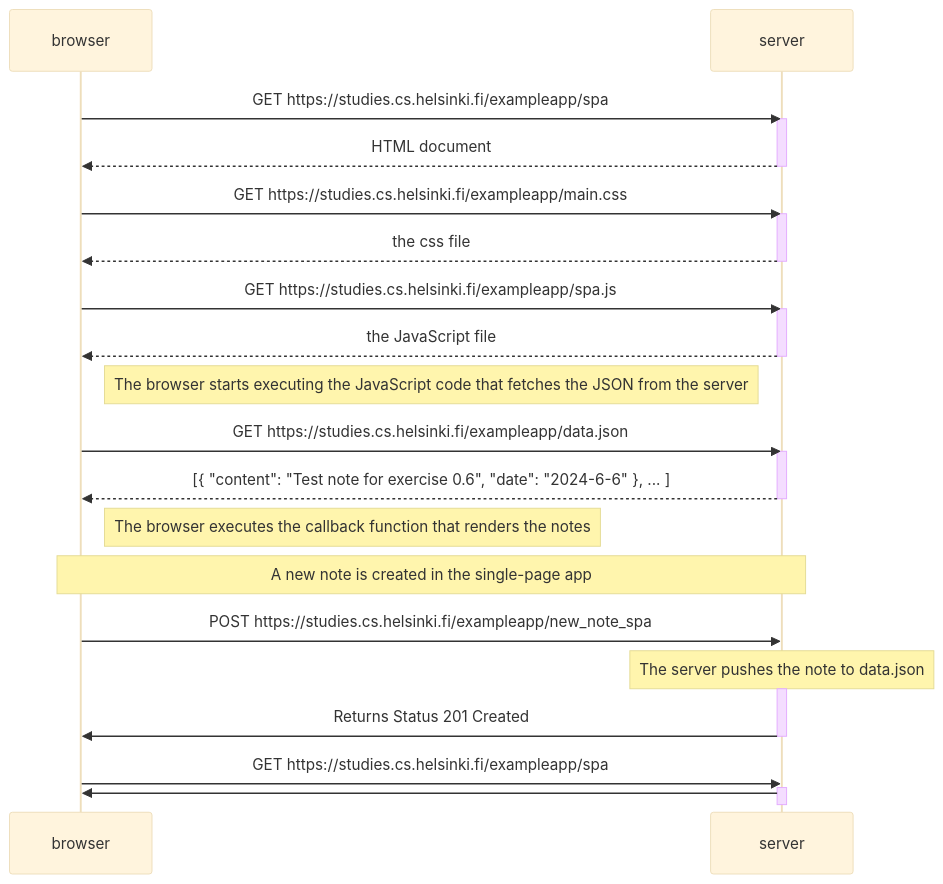
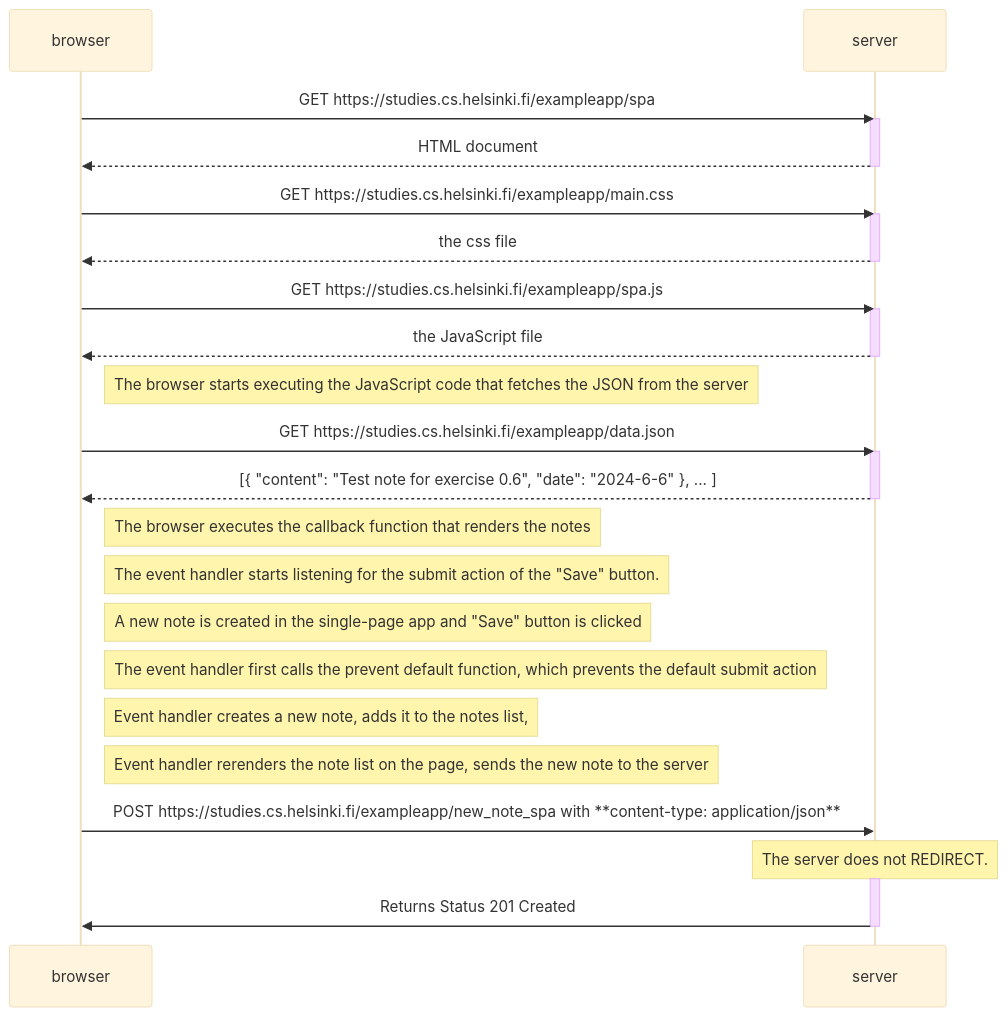
Before and after one commit to obhi1kenobhi/FSO: the diagram in part0/exercise_0_6.md, drawn with Mermaid (base theme).

Commit message:
exercises 0.4, 0.5 and 0.6

````diff
--- a/part0/exercise_0_6.md
+++ b/part0/exercise_0_6.md
@@ -1,41 +1,43 @@
 ```mermaid
     sequenceDiagram
         participant browser
         participant server
     
         browser->>server: GET https://studies.cs.helsinki.fi/exampleapp/spa
         activate server
         server-->>browser: HTML document
         deactivate server
     
         browser->>server: GET https://studies.cs.helsinki.fi/exampleapp/main.css
         activate server
         server-->>browser: the css file
         deactivate server
     
         browser->>server: GET https://studies.cs.helsinki.fi/exampleapp/spa.js
         activate server
         server-->>browser: the JavaScript file
         deactivate server
     
         Note right of browser: The browser starts executing the JavaScript code that fetches the JSON from the server
     
         browser->>server: GET https://studies.cs.helsinki.fi/exampleapp/data.json
         activate server
         server-->>browser: [{ "content": "Test note for exercise 0.6", "date": "2024-6-6" }, ... ]
         deactivate server
 
         Note right of browser: The browser executes the callback function that renders the notes
 
-        Note over browser,server: A new note is created in the single-page app
+        Note right of browser: The event handler starts listening for the submit action of the "Save" button. 
+        Note right of browser: A new note is created in the single-page app and "Save" button is clicked
+        Note right of browser: The event handler first calls the prevent default function, which prevents the default submit action
+        Note right of browser: Event handler creates a new note, adds it to the notes list, 
+        Note right of browser: Event handler rerenders the note list on the page, sends the new note to the server
 
-        browser->>server: POST https://studies.cs.helsinki.fi/exampleapp/new_note_spa
-        Note over server: The server pushes the note to data.json
+        browser->>server: POST https://studies.cs.helsinki.fi/exampleapp/new_note_spa with **content-type: application/json**
+        Note over server: The server does not REDIRECT.
+
         activate server
         server->>browser: Returns Status 201 Created
         deactivate server
-        browser->>server: GET https://studies.cs.helsinki.fi/exampleapp/spa
-        activate server
-        server->>browser: 
-        deactivate server
+       
 ```
````
